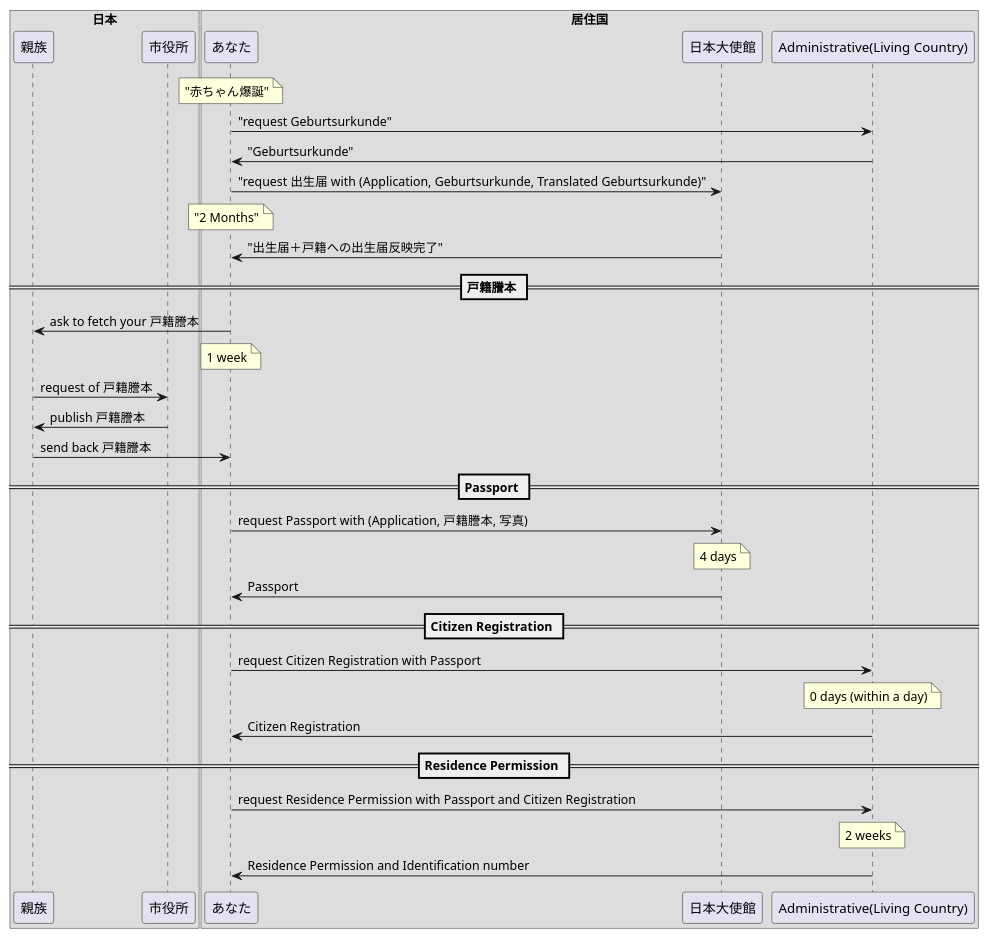
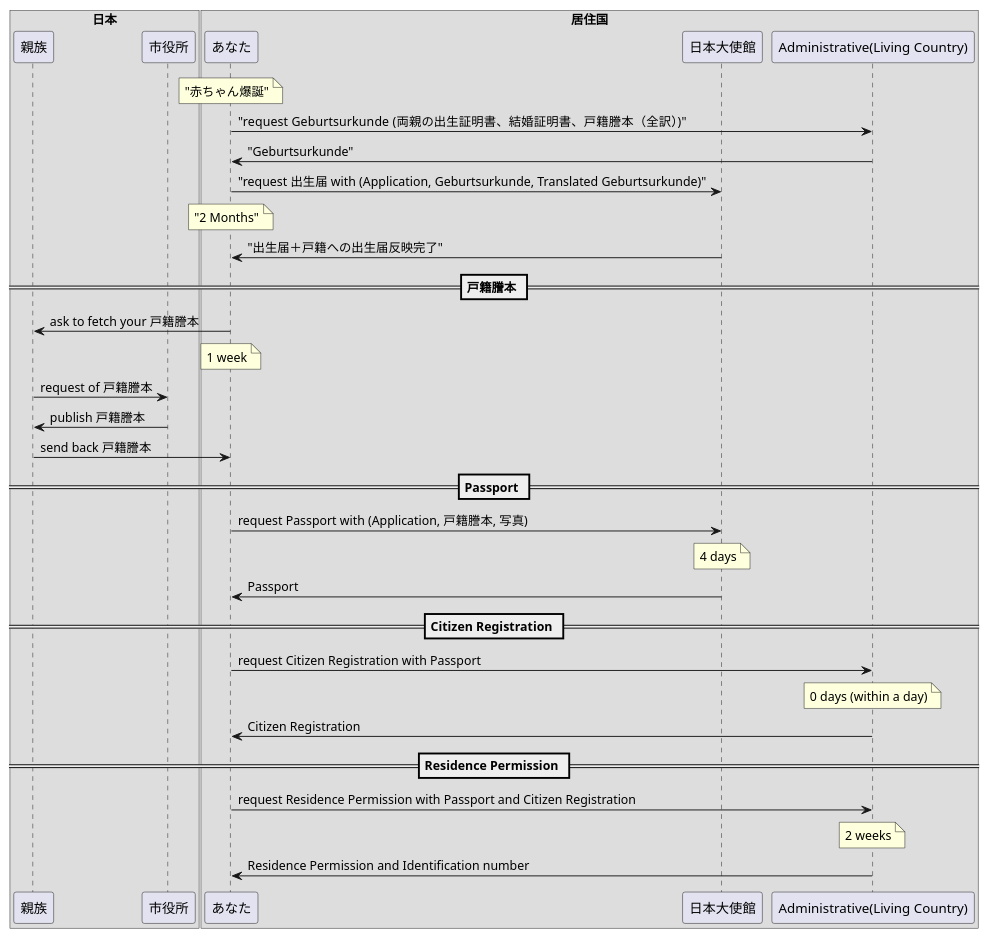
One commit to camparijet/camparijet.github.io changed the first of 3 diagrams in ja/index.org. Above: the diagram before and after it, drawn with PlantUML. The commit also changed other lines of this file and 8 other files, not shown here.

```diff
--- a/ja/index.org
+++ b/ja/index.org
@@ -24,37 +24,37 @@
-   #+BEGIN_SRC plantuml :file images/ja_sequence_baby_authorization.png
-      box "日本"
-      participant "親族" as Family
-      participant "市役所" as origin
-      end box
+  #+BEGIN_SRC plantuml :file images/ja_sequence_baby_authorization.png
+       box "日本"
+       participant "親族" as Family
+       participant "市役所" as origin
+       end box
 
-      box "居住国"
-      participant "あなた" as You
-      participant "日本大使館" as Embassy
-      participant "Administrative(Living Country)" as living
-      end box
+       box "居住国"
+       participant "あなた" as You
+       participant "日本大使館" as Embassy
+       participant "Administrative(Living Country)" as living
+       end box
 
-      note over You: "赤ちゃん爆誕"
-      You->living: "request Geburtsurkunde"
-      living->You: "Geburtsurkunde"
-      You->Embassy: "request 出生届 with (Application, Geburtsurkunde, Translated Geburtsurkunde)"
-      note over You: "2 Months"
-      Embassy->You: "出生届＋戸籍への出生届反映完了"
-      == 戸籍謄本 ==
-      You->Family: ask to fetch your 戸籍謄本
-      note over You: 1 week
-      Family->origin: request of 戸籍謄本
-      origin->Family: publish 戸籍謄本
-      Family->You: send back 戸籍謄本
-      == Passport ==
-      You->Embassy: request Passport with (Application, 戸籍謄本, 写真)
-      note over Embassy: 4 days
-      Embassy->You: Passport
-      == Citizen Registration ==
-      You->living: request Citizen Registration with Passport
-      note over living: 0 days (within a day)
-      living->You: Citizen Registration
-      == Residence Permission ==
-      You->living: request Residence Permission with Passport and Citizen Registration
-      note over living: 2 weeks
-      living->You: Residence Permission and Identification number
-   #+END_SRC
+       note over You: "赤ちゃん爆誕"
+       You->living: "request Geburtsurkunde (両親の出生証明書、結婚証明書、戸籍謄本（全訳）)"
+       living->You: "Geburtsurkunde"
+       You->Embassy: "request 出生届 with (Application, Geburtsurkunde, Translated Geburtsurkunde)"
+       note over You: "2 Months"
+       Embassy->You: "出生届＋戸籍への出生届反映完了"
+       == 戸籍謄本 ==
+       You->Family: ask to fetch your 戸籍謄本
+       note over You: 1 week
+       Family->origin: request of 戸籍謄本
+       origin->Family: publish 戸籍謄本
+       Family->You: send back 戸籍謄本
+       == Passport ==
+       You->Embassy: request Passport with (Application, 戸籍謄本, 写真)
+       note over Embassy: 4 days
+       Embassy->You: Passport
+       == Citizen Registration ==
+       You->living: request Citizen Registration with Passport
+       note over living: 0 days (within a day)
+       living->You: Citizen Registration
+       == Residence Permission ==
+       You->living: request Residence Permission with Passport and Citizen Registration
+       note over living: 2 weeks
+       living->You: Residence Permission and Identification number
+  #+END_SRC
```
